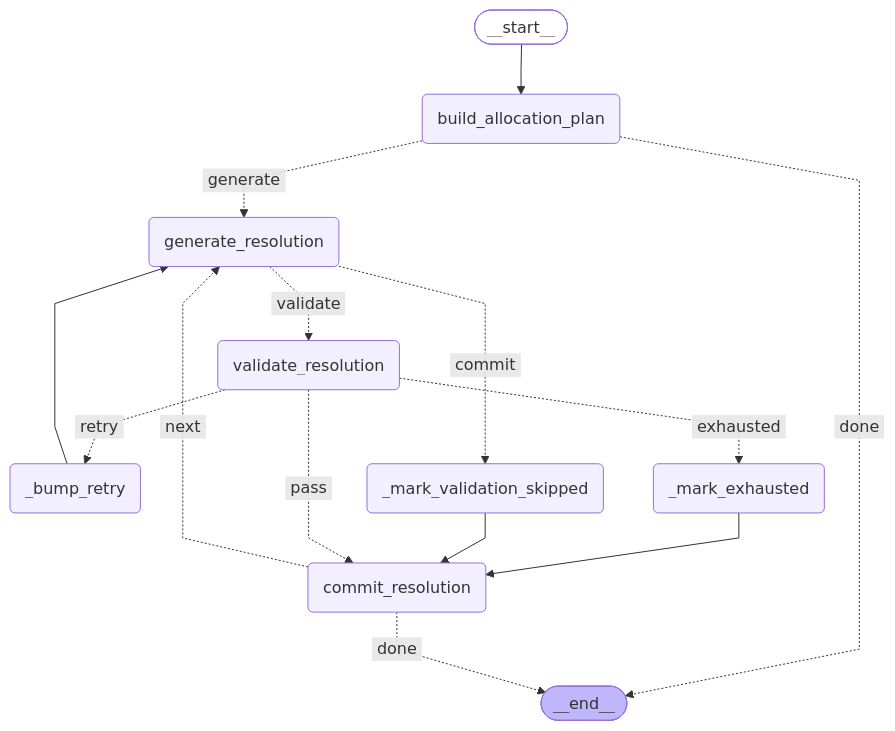
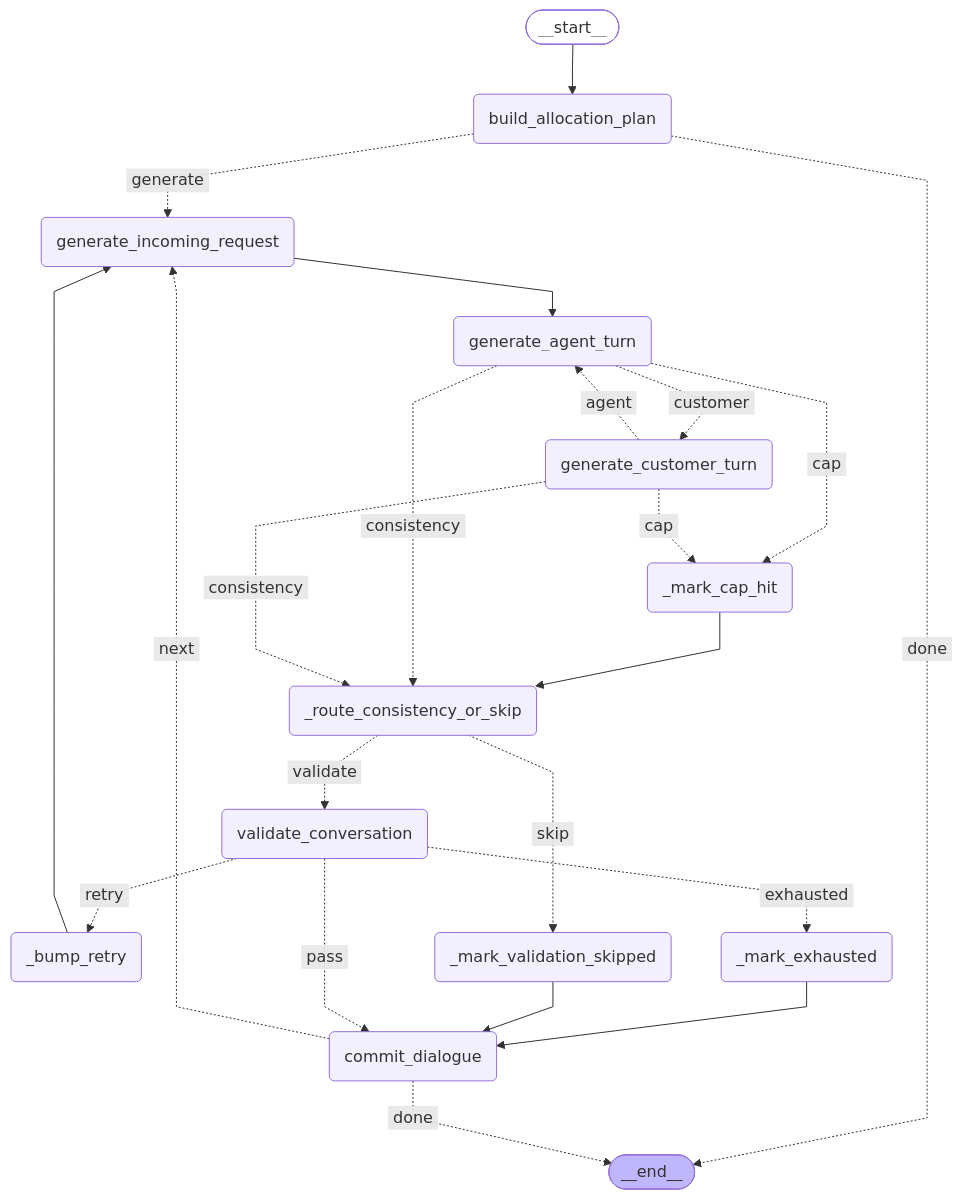
The diagram in docs/diagrams/phase2.mmd (iamthejao/customer_support_data_generator), drawn with Mermaid before and after one commit. The commit also changed 36 other files, not shown here.

```diff
--- a/docs/diagrams/phase2.mmd
+++ b/docs/diagrams/phase2.mmd
@@ -1,31 +1,43 @@
 ---
 config:
   flowchart:
     curve: linear
 ---
 graph TD;
 	__start__([<p>__start__</p>]):::first
 	build_allocation_plan(build_allocation_plan)
-	generate_resolution(generate_resolution)
-	validate_resolution(validate_resolution)
-	commit_resolution(commit_resolution)
+	generate_incoming_request(generate_incoming_request)
+	generate_agent_turn(generate_agent_turn)
+	generate_customer_turn(generate_customer_turn)
+	validate_conversation(validate_conversation)
+	commit_dialogue(commit_dialogue)
 	_bump_retry(_bump_retry)
 	_mark_exhausted(_mark_exhausted)
 	_mark_validation_skipped(_mark_validation_skipped)
+	_mark_cap_hit(_mark_cap_hit)
+	_route_consistency_or_skip(_route_consistency_or_skip)
 	__end__([<p>__end__</p>]):::last
 	__start__ --> build_allocation_plan;
-	_bump_retry --> generate_resolution;
-	_mark_exhausted --> commit_resolution;
-	_mark_validation_skipped --> commit_resolution;
+	_bump_retry --> generate_incoming_request;
+	_mark_cap_hit --> _route_consistency_or_skip;
+	_mark_exhausted --> commit_dialogue;
+	_mark_validation_skipped --> commit_dialogue;
+	_route_consistency_or_skip -. &nbsp;skip&nbsp; .-> _mark_validation_skipped;
+	_route_consistency_or_skip -. &nbsp;validate&nbsp; .-> validate_conversation;
 	build_allocation_plan -. &nbsp;done&nbsp; .-> __end__;
-	build_allocation_plan -. &nbsp;generate&nbsp; .-> generate_resolution;
-	commit_resolution -. &nbsp;done&nbsp; .-> __end__;
-	commit_resolution -. &nbsp;next&nbsp; .-> generate_resolution;
-	generate_resolution -. &nbsp;commit&nbsp; .-> _mark_validation_skipped;
-	generate_resolution -. &nbsp;validate&nbsp; .-> validate_resolution;
-	validate_resolution -. &nbsp;retry&nbsp; .-> _bump_retry;
-	validate_resolution -. &nbsp;exhausted&nbsp; .-> _mark_exhausted;
-	validate_resolution -. &nbsp;pass&nbsp; .-> commit_resolution;
+	build_allocation_plan -. &nbsp;generate&nbsp; .-> generate_incoming_request;
+	commit_dialogue -. &nbsp;done&nbsp; .-> __end__;
+	commit_dialogue -. &nbsp;next&nbsp; .-> generate_incoming_request;
+	generate_agent_turn -. &nbsp;cap&nbsp; .-> _mark_cap_hit;
+	generate_agent_turn -. &nbsp;consistency&nbsp; .-> _route_consistency_or_skip;
+	generate_agent_turn -. &nbsp;customer&nbsp; .-> generate_customer_turn;
+	generate_customer_turn -. &nbsp;cap&nbsp; .-> _mark_cap_hit;
+	generate_customer_turn -. &nbsp;consistency&nbsp; .-> _route_consistency_or_skip;
+	generate_customer_turn -. &nbsp;agent&nbsp; .-> generate_agent_turn;
+	generate_incoming_request --> generate_agent_turn;
+	validate_conversation -. &nbsp;retry&nbsp; .-> _bump_retry;
+	validate_conversation -. &nbsp;exhausted&nbsp; .-> _mark_exhausted;
+	validate_conversation -. &nbsp;pass&nbsp; .-> commit_dialogue;
 	classDef default fill:#f2f0ff,line-height:1.2
 	classDef first fill-opacity:0
 	classDef last fill:#bfb6fc
```
